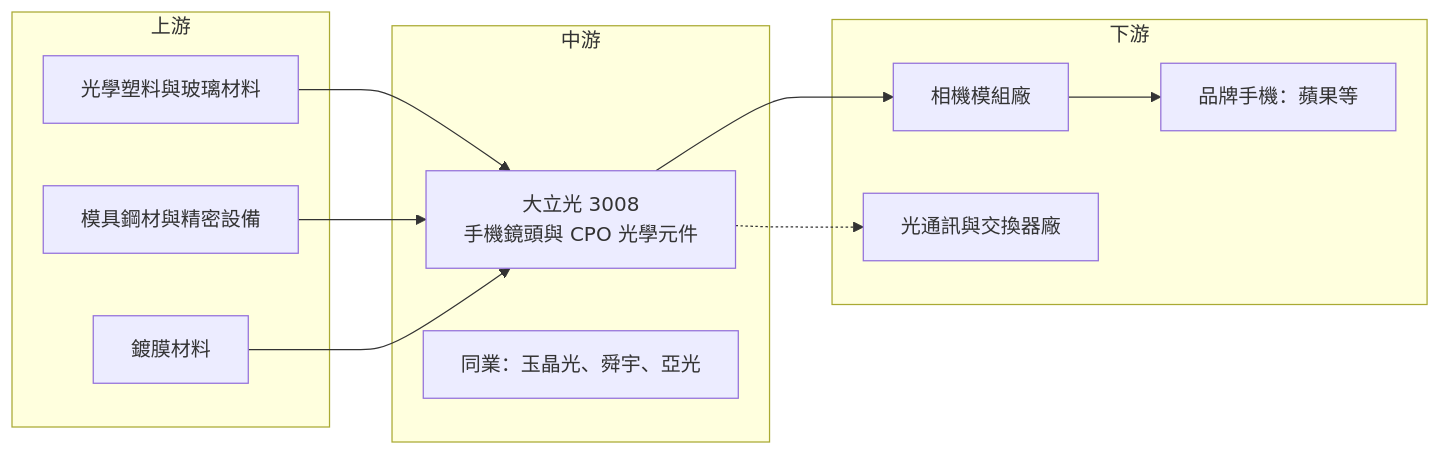
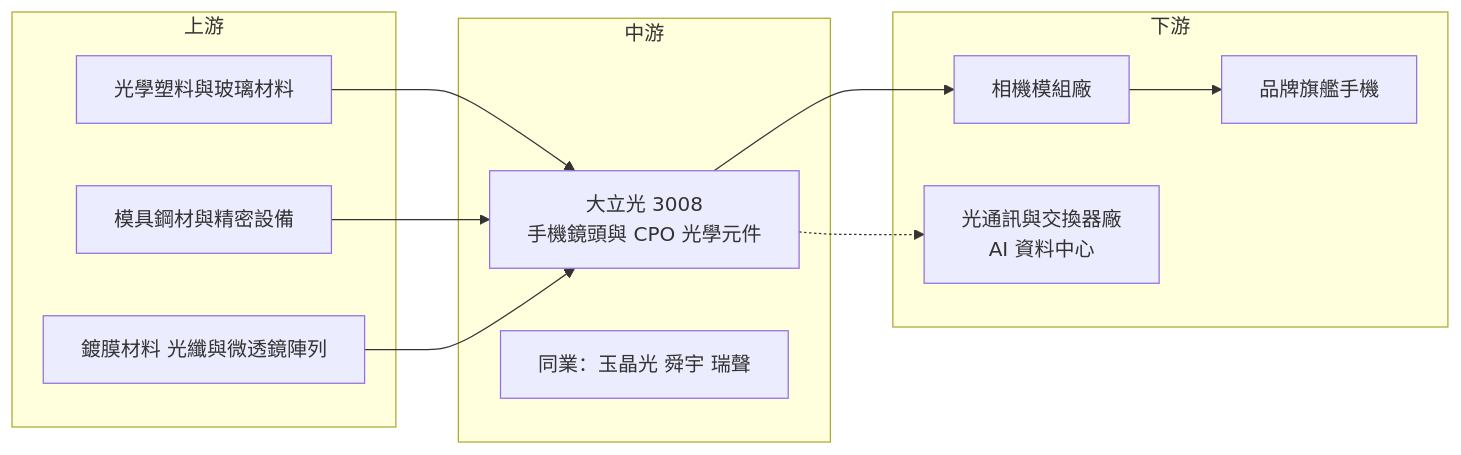
Before and after one commit to wangnick1004/taiwan-stock-vault: the fourth of 4 diagrams in 個股/台股/3008大立光.md, drawn with Mermaid. The commit also changed other lines of this file and 7 other files, not shown here.

````diff
--- a/個股/台股/3008大立光.md
+++ b/個股/台股/3008大立光.md
@@ -207,23 +220,23 @@
 ```mermaid
 flowchart LR
     subgraph 上游
         A1[光學塑料與玻璃材料]
         A2[模具鋼材與精密設備]
-        A3[鍍膜材料]
+        A3[鍍膜材料 光纖與微透鏡陣列]
     end
     subgraph 中游
         B[大立光 3008<br/>手機鏡頭與 CPO 光學元件]
-        B2[同業：玉晶光、舜宇、亞光]
+        B2[同業：玉晶光 舜宇 瑞聲]
     end
     subgraph 下游
         C1[相機模組廠]
-        C2[品牌手機：蘋果等]
-        C3[光通訊與交換器廠]
+        C2[品牌旗艦手機]
+        C3[光通訊與交換器廠<br/>AI 資料中心]
     end
     A1 --> B
     A2 --> B
     A3 --> B
     B --> C1
     C1 --> C2
     B -.-> C3
 ```
````
